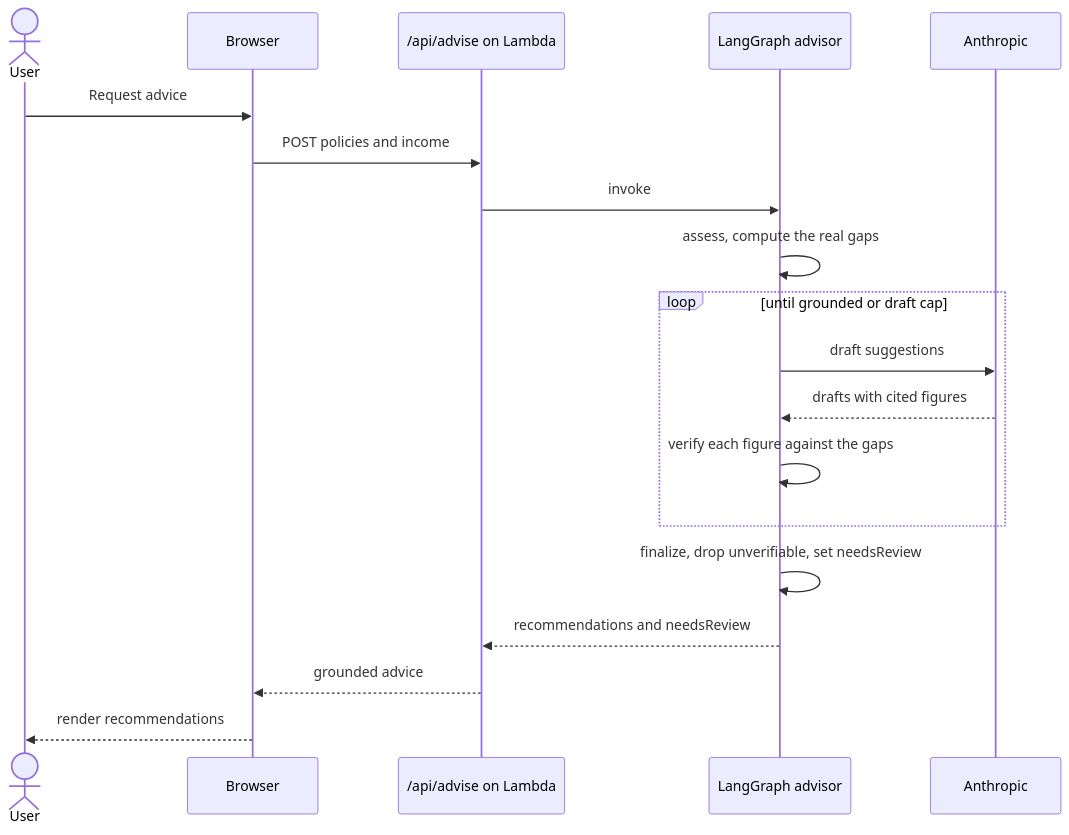
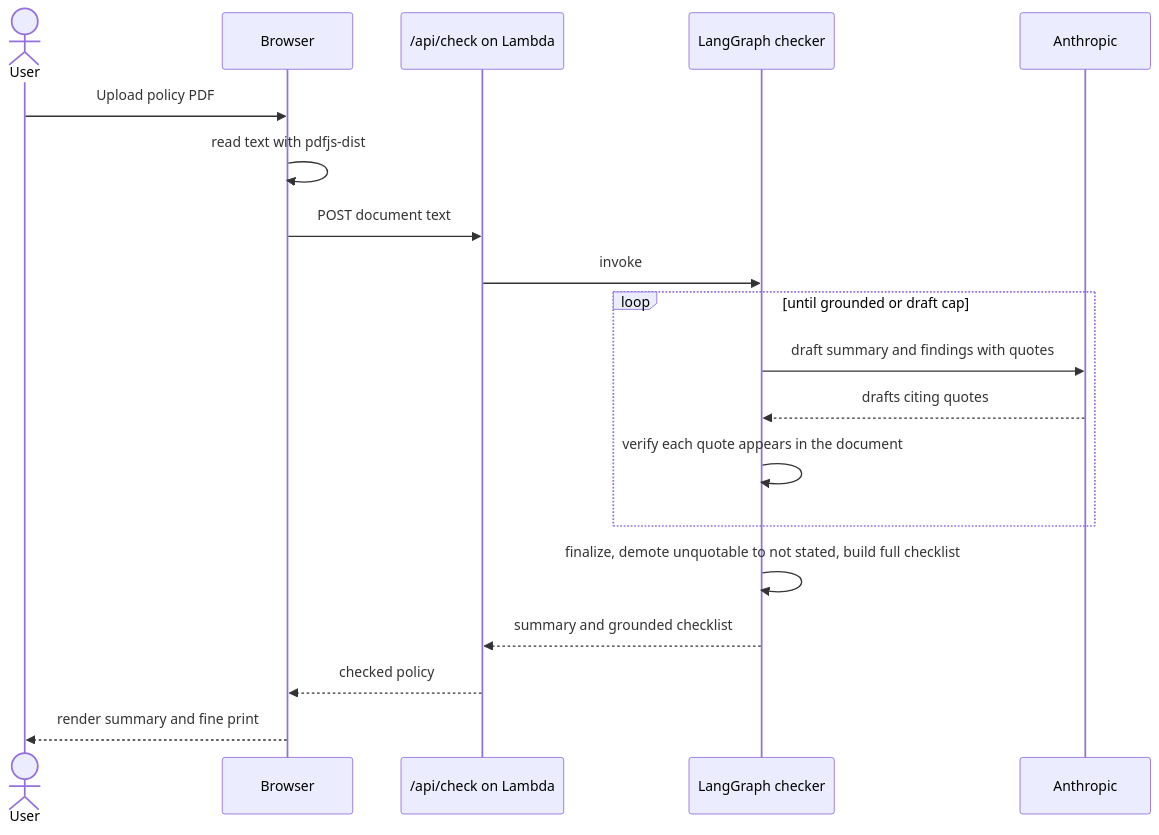
One commit to elleskay/insurance-dashboard changed the second of 6 diagrams in README.md. Above: the diagram before and after it, drawn with Mermaid. The commit also changed other lines of this file and 28 other files, not shown here.

First line of the commit message:
feat(insure): pivot to a grounded policy checker

````diff
--- a/README.md
+++ b/README.md
@@ -54,22 +46,22 @@
 ```mermaid
 sequenceDiagram
     actor User
     participant Browser
-    participant API as /api/advise on Lambda
-    participant Graph as LangGraph advisor
+    participant API as /api/check on Lambda
+    participant Graph as LangGraph checker
     participant Claude as Anthropic
 
-    User->>Browser: Request advice
-    Browser->>API: POST policies and income
+    User->>Browser: Upload policy PDF
+    Browser->>Browser: read text with pdfjs-dist
+    Browser->>API: POST document text
     API->>Graph: invoke
-    Graph->>Graph: assess, compute the real gaps
     loop until grounded or draft cap
-        Graph->>Claude: draft suggestions
-        Claude-->>Graph: drafts with cited figures
-        Graph->>Graph: verify each figure against the gaps
+        Graph->>Claude: draft summary and findings with quotes
+        Claude-->>Graph: drafts citing quotes
+        Graph->>Graph: verify each quote appears in the document
     end
-    Graph->>Graph: finalize, drop unverifiable, set needsReview
-    Graph-->>API: recommendations and needsReview
-    API-->>Browser: grounded advice
-    Browser-->>User: render recommendations
+    Graph->>Graph: finalize, demote unquotable to not stated, build full checklist
+    Graph-->>API: summary and grounded checklist
+    API-->>Browser: checked policy
+    Browser-->>User: render summary and fine print
 ```
````
